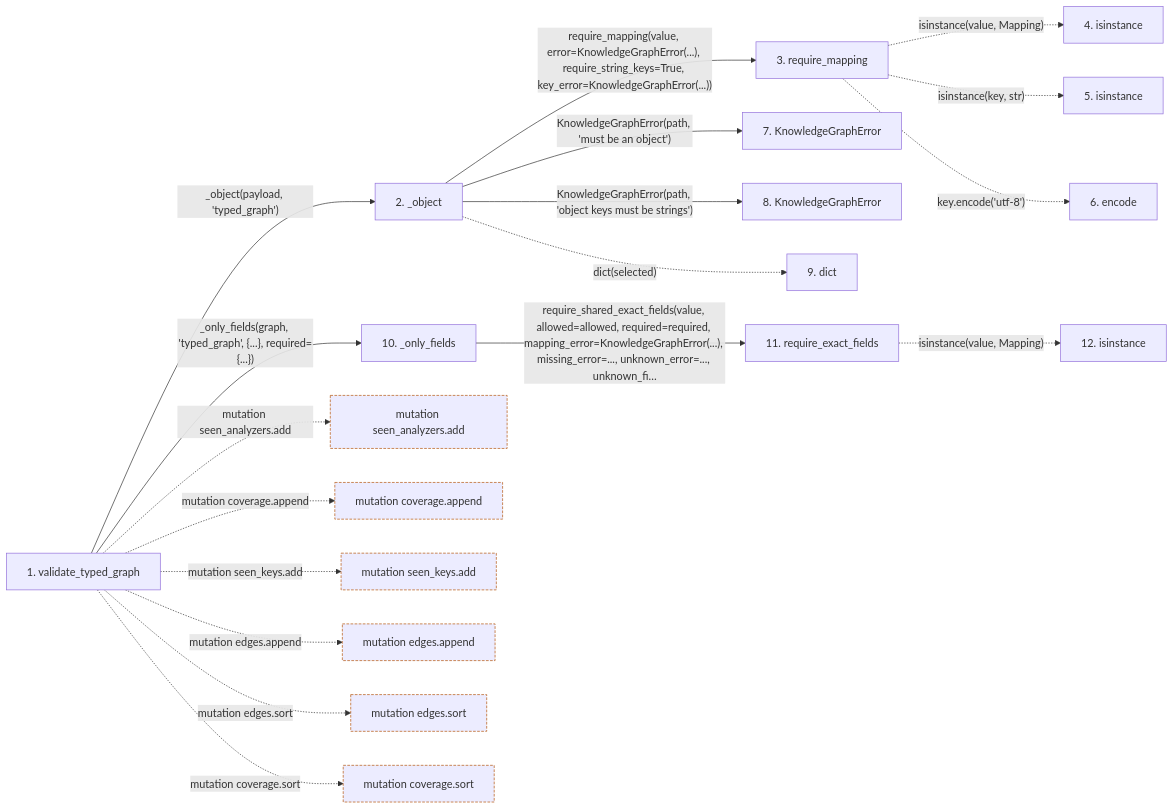
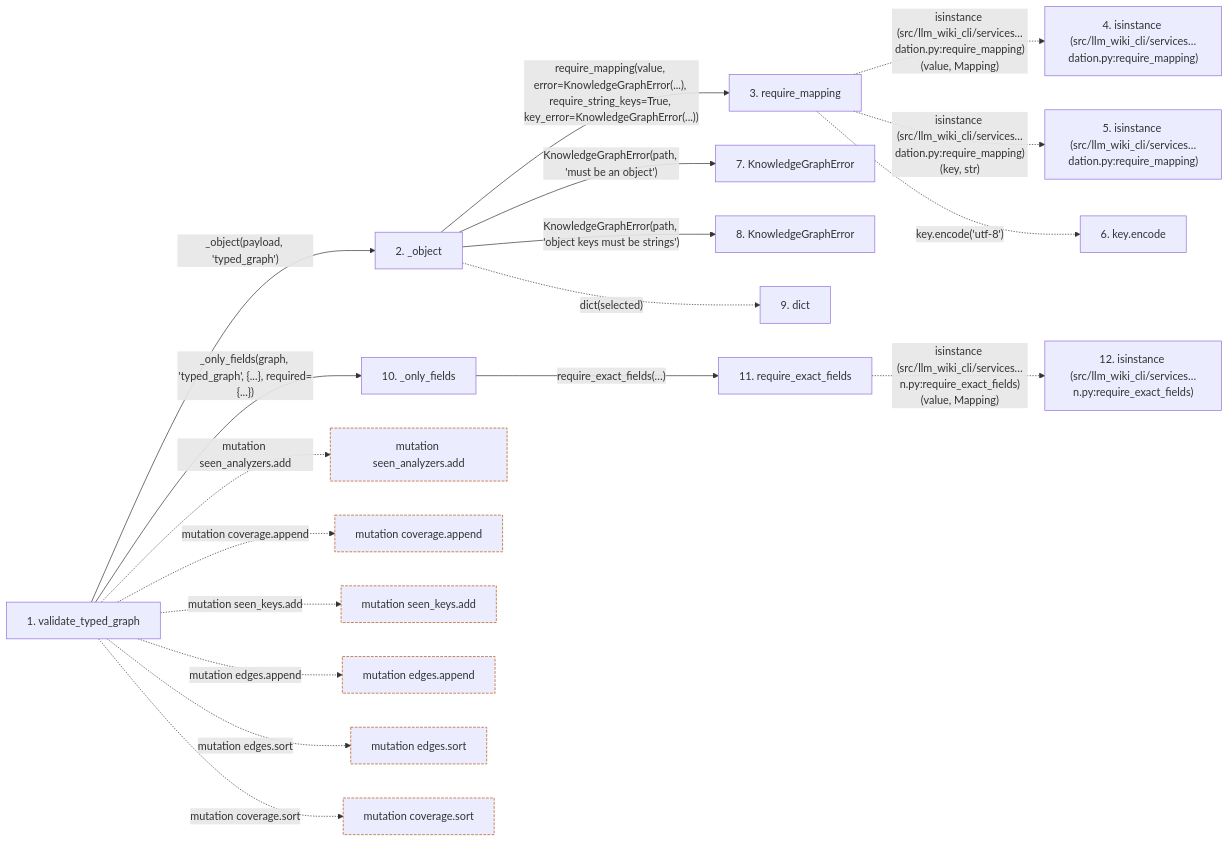
The second of 2 diagrams in docs/llm_wiki/flows/api-validate_typed_graph.md (Denissvgn/python-wiki-llm), drawn with Mermaid before and after one commit. The commit also changed other lines of this file and 719 other files, not shown here.

````diff
--- a/docs/llm_wiki/flows/api-validate_typed_graph.md
+++ b/docs/llm_wiki/flows/api-validate_typed_graph.md
@@ -76,52 +78,52 @@
 ```mermaid
 flowchart LR
     s1["1. validate_typed_graph"]
     s2["2. _object"]
     s3["3. require_mapping"]
-    s4["4. isinstance"]
-    s5["5. isinstance"]
-    s6["6. encode"]
+    s4["4. isinstance (src/llm_wiki_cli/services…dation.py:require_mapping)"]
+    s5["5. isinstance (src/llm_wiki_cli/services…dation.py:require_mapping)"]
+    s6["6. key.encode"]
     s7["7. KnowledgeGraphError"]
     s8["8. KnowledgeGraphError"]
     s9["9. dict"]
     s10["10. _only_fields"]
     s11["11. require_exact_fields"]
-    s12["12. isinstance"]
+    s12["12. isinstance (src/llm_wiki_cli/services…n.py:require_exact_fields)"]
     s1 -->|"_object(payload, 'typed_graph')"| s2
     s2 -->|"require_mapping(value, error=KnowledgeGraphError(...), require_string_keys=True, key_error=KnowledgeGraphError(...))"| s3
-    s3 -. "isinstance(value, Mapping)" .-> s4
-    s3 -. "isinstance(key, str)" .-> s5
+    s3 -. "isinstance (src/llm_wiki_cli/services…dation.py:require_mapping)(value, Mapping)" .-> s4
+    s3 -. "isinstance (src/llm_wiki_cli/services…dation.py:require_mapping)(key, str)" .-> s5
     s3 -. "key.encode('utf-8')" .-> s6
     s2 -->|"KnowledgeGraphError(path, 'must be an object')"| s7
     s2 -->|"KnowledgeGraphError(path, 'object keys must be strings')"| s8
     s2 -. "dict(selected)" .-> s9
     s1 -->|"_only_fields(graph, 'typed_graph', {...}, required={...})"| s10
-    s10 -->|"require_shared_exact_fields(value, allowed=allowed, required=required, mapping_error=KnowledgeGraphError(...), missing_error=..., unknown_error=..., unknown_fi…"| s11
-    s11 -. "isinstance(value, Mapping)" .-> s12
+    s10 -->|"require_exact_fields(…)"| s11
+    s11 -. "isinstance (src/llm_wiki_cli/services…n.py:require_exact_fields)(value, Mapping)" .-> s12
     b0["mutation seen_analyzers.add"]
     s1 -. "mutation seen_analyzers.add" .-> b0
     b1["mutation coverage.append"]
     s1 -. "mutation coverage.append" .-> b1
     b2["mutation seen_keys.add"]
     s1 -. "mutation seen_keys.add" .-> b2
     b3["mutation edges.append"]
     s1 -. "mutation edges.append" .-> b3
     b4["mutation edges.sort"]
     s1 -. "mutation edges.sort" .-> b4
     b5["mutation coverage.sort"]
     s1 -. "mutation coverage.sort" .-> b5
     click s1 "../modules/knowledge_graph.md"
     click s2 "../modules/knowledge_graph.md"
     click s3 "../modules/validation.md"
     click s7 "../modules/knowledge_graph.md"
     click s8 "../modules/knowledge_graph.md"
     click s10 "../modules/knowledge_graph.md"
     click s11 "../modules/validation.md"
     classDef boundary stroke:#b45309,stroke-dasharray: 4 2
     class b0 boundary
     class b1 boundary
     class b2 boundary
     class b3 boundary
     class b4 boundary
     class b5 boundary
 ```
````
